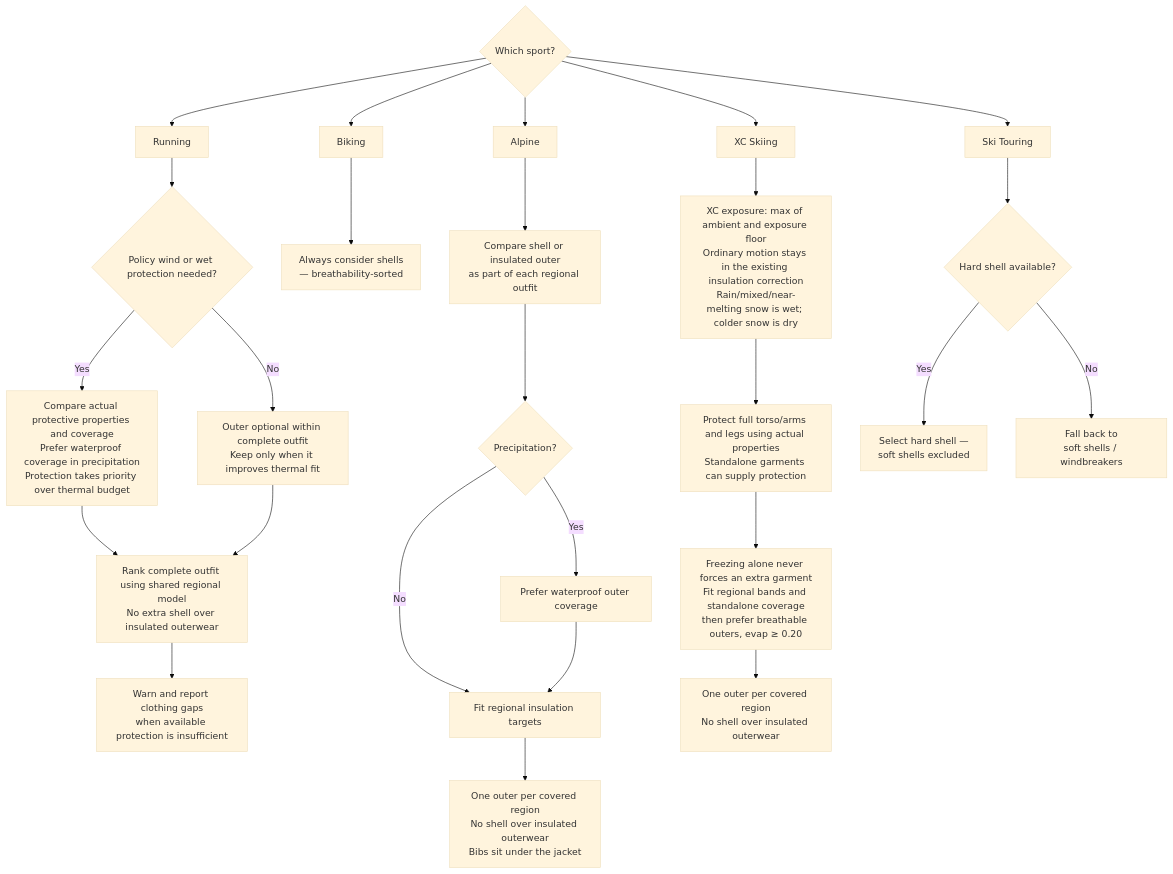
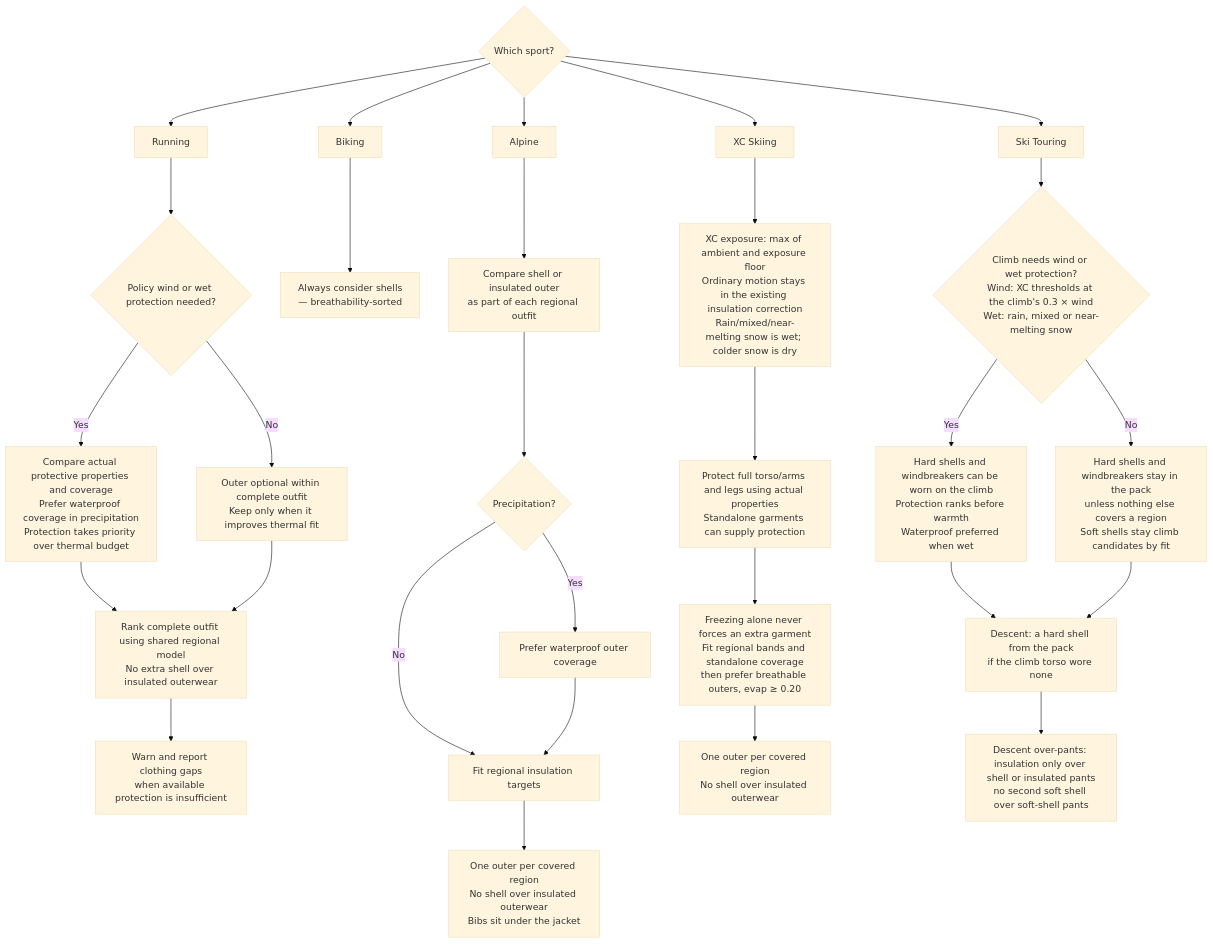
The fifth of 7 diagrams in README.md (derobertsw/swttr), drawn with Mermaid (base theme) before and after one commit. The commit also changed other lines of this file and 12 other files, not shown here.

First line of the commit message:
Fit the touring climb per region and pack a descent leg layer (#372)

````diff
--- a/README.md
+++ b/README.md
@@ -238,33 +241,36 @@
 ```mermaid
 graph TD
     START{Which sport?} --> RUN[Running]
     START --> BIKE[Biking]
     START --> ALP[Alpine]
     START --> XC[XC Skiing]
     START --> TOUR[Ski Touring]
 
     RUN --> RCHECK{Policy wind or wet protection needed?}
     RCHECK -->|Yes| RPROTECT[Compare actual protective properties and coverage<br/>Prefer waterproof coverage in precipitation<br/>Protection takes priority over thermal budget]
     RCHECK -->|No| ROPT[Outer optional within complete outfit<br/>Keep only when it improves thermal fit]
     RPROTECT --> RRANK[Rank complete outfit using shared regional model<br/>No extra shell over insulated outerwear]
     ROPT --> RRANK
     RRANK --> RGAP[Warn and report clothing gaps<br/>when available protection is insufficient]
 
     BIKE --> BADD[Always consider shells<br/>— breathability-sorted]
 
     ALP --> AOUT[Compare shell or insulated outer<br/>as part of each regional outfit]
     AOUT --> AWET{Precipitation?}
     AWET -->|Yes| AWP[Prefer waterproof outer coverage]
     AWET -->|No| ABUDGET[Fit regional insulation targets]
     AWP --> ABUDGET
     ABUDGET --> ACAP[One outer per covered region<br/>No shell over insulated outerwear<br/>Bibs sit under the jacket]
 
     XC --> XNEED[XC exposure: max of ambient and exposure floor<br/>Ordinary motion stays in the existing insulation correction<br/>Rain/mixed/near-melting snow is wet; colder snow is dry]
     XNEED --> XREQ[Protect full torso/arms and legs using actual properties<br/>Standalone garments can supply protection]
     XREQ --> XFIT[Freezing alone never forces an extra garment<br/>Fit regional bands and standalone coverage<br/>then prefer breathable outers, evap ≥ 0.20]
     XFIT --> XCAP[One outer per covered region<br/>No shell over insulated outerwear]
 
-    TOUR --> THARD{Hard shell available?}
-    THARD -->|Yes| THSEL[Select hard shell —<br/>soft shells excluded]
-    THARD -->|No| TOTHER[Fall back to<br/>soft shells / windbreakers]
+    TOUR --> TNEED{Climb needs wind or wet protection?<br/>Wind: XC thresholds at the climb's 0.3 × wind<br/>Wet: rain, mixed or near-melting snow}
+    TNEED -->|Yes| TPROT[Hard shells and windbreakers can be worn on the climb<br/>Protection ranks before warmth<br/>Waterproof preferred when wet]
+    TNEED -->|No| TKEEP[Hard shells and windbreakers stay in the pack<br/>unless nothing else covers a region<br/>Soft shells stay climb candidates by fit]
+    TPROT --> TDESC[Descent: a hard shell from the pack<br/>if the climb torso wore none]
+    TKEEP --> TDESC
+    TDESC --> TLEGS[Descent over-pants: insulation only over shell or insulated pants<br/>no second soft shell over soft-shell pants]
 ```
````
